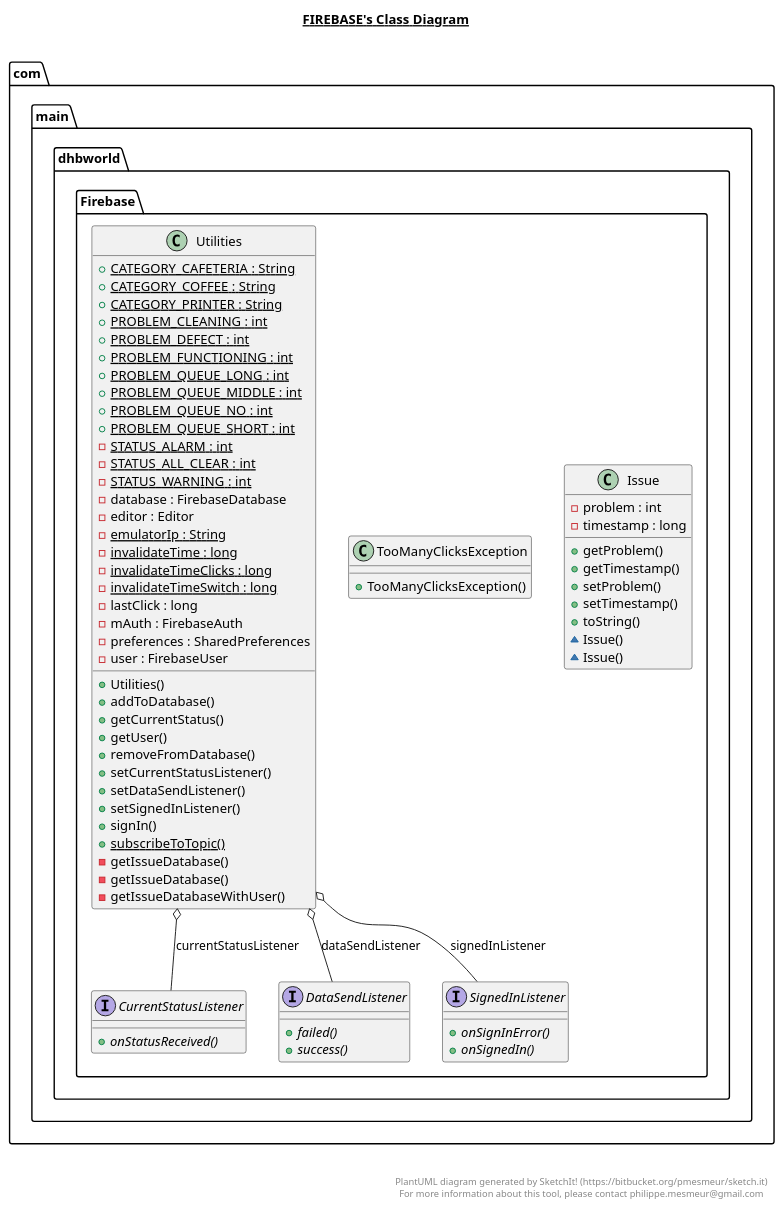
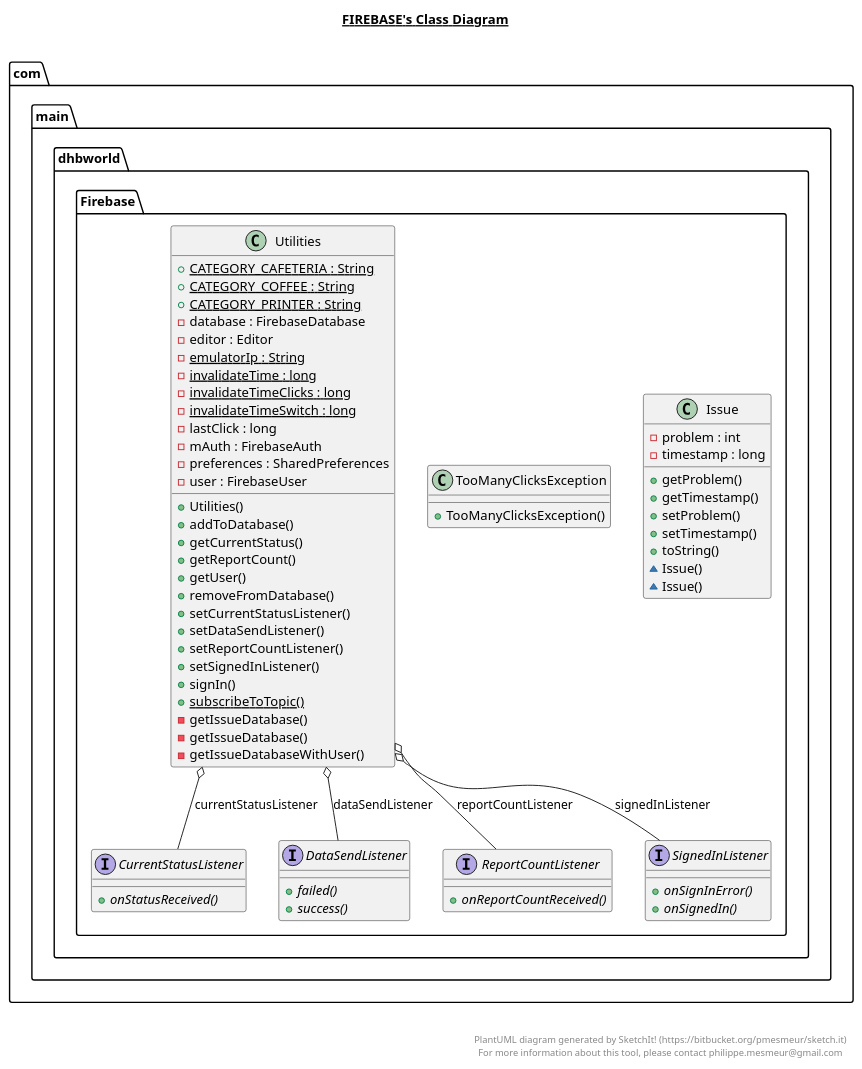
The diagram in app/src/main/java/com/main/dhbworld/Firebase/Firebase.plantuml (DHBWorld/DHBWorld), drawn with PlantUML before and after one commit. The commit also changed 3 other files, not shown here.

Commit message:
Added Class diagram

```diff
--- a/app/src/main/java/com/main/dhbworld/Firebase/Firebase.plantuml
+++ b/app/src/main/java/com/main/dhbworld/Firebase/Firebase.plantuml
@@ -1,116 +1,118 @@
 @startuml
 
 title __FIREBASE's Class Diagram__\n
 
   namespace com.main.dhbworld {
     namespace Firebase {
       interface com.main.dhbworld.Firebase.CurrentStatusListener {
           {abstract} + onStatusReceived()
       }
     }
   }
   
 
   namespace com.main.dhbworld {
     namespace Firebase {
       interface com.main.dhbworld.Firebase.DataSendListener {
           {abstract} + failed()
           {abstract} + success()
       }
     }
   }
   
 
   namespace com.main.dhbworld {
     namespace Firebase {
       class com.main.dhbworld.Firebase.Issue {
           - problem : int
           - timestamp : long
           + getProblem()
           + getTimestamp()
           + setProblem()
           + setTimestamp()
           + toString()
           ~ Issue()
           ~ Issue()
       }
     }
   }
   
 
   namespace com.main.dhbworld {
     namespace Firebase {
+      interface com.main.dhbworld.Firebase.ReportCountListener {
+          {abstract} + onReportCountReceived()
+      }
+    }
+  }
+  
+
+  namespace com.main.dhbworld {
+    namespace Firebase {
       interface com.main.dhbworld.Firebase.SignedInListener {
           {abstract} + onSignInError()
           {abstract} + onSignedIn()
       }
     }
   }
   
 
   namespace com.main.dhbworld {
     namespace Firebase {
       class com.main.dhbworld.Firebase.TooManyClicksException {
           + TooManyClicksException()
       }
     }
   }
   
 
   namespace com.main.dhbworld {
     namespace Firebase {
       class com.main.dhbworld.Firebase.Utilities {
           {static} + CATEGORY_CAFETERIA : String
           {static} + CATEGORY_COFFEE : String
           {static} + CATEGORY_PRINTER : String
-          {static} + PROBLEM_CLEANING : int
-          {static} + PROBLEM_DEFECT : int
-          {static} + PROBLEM_FUNCTIONING : int
-          {static} + PROBLEM_QUEUE_LONG : int
-          {static} + PROBLEM_QUEUE_MIDDLE : int
-          {static} + PROBLEM_QUEUE_NO : int
-          {static} + PROBLEM_QUEUE_SHORT : int
-          {static} - STATUS_ALARM : int
-          {static} - STATUS_ALL_CLEAR : int
-          {static} - STATUS_WARNING : int
           - database : FirebaseDatabase
           - editor : Editor
           {static} - emulatorIp : String
           {static} - invalidateTime : long
           {static} - invalidateTimeClicks : long
           {static} - invalidateTimeSwitch : long
           - lastClick : long
           - mAuth : FirebaseAuth
           - preferences : SharedPreferences
           - user : FirebaseUser
           + Utilities()
           + addToDatabase()
           + getCurrentStatus()
+          + getReportCount()
           + getUser()
           + removeFromDatabase()
           + setCurrentStatusListener()
           + setDataSendListener()
+          + setReportCountListener()
           + setSignedInListener()
           + signIn()
           {static} + subscribeToTopic()
           - getIssueDatabase()
           - getIssueDatabase()
           - getIssueDatabaseWithUser()
       }
     }
   }
   
 
   com.main.dhbworld.Firebase.Utilities o-- com.main.dhbworld.Firebase.CurrentStatusListener : currentStatusListener
   com.main.dhbworld.Firebase.Utilities o-- com.main.dhbworld.Firebase.DataSendListener : dataSendListener
+  com.main.dhbworld.Firebase.Utilities o-- com.main.dhbworld.Firebase.ReportCountListener : reportCountListener
   com.main.dhbworld.Firebase.Utilities o-- com.main.dhbworld.Firebase.SignedInListener : signedInListener
 
 
 right footer
 
 
 PlantUML diagram generated by SketchIt! (https://bitbucket.org/pmesmeur/sketch.it)
 For more information about this tool, please contact philippe.mesmeur@gmail.com
 endfooter
 
 @enduml
```
